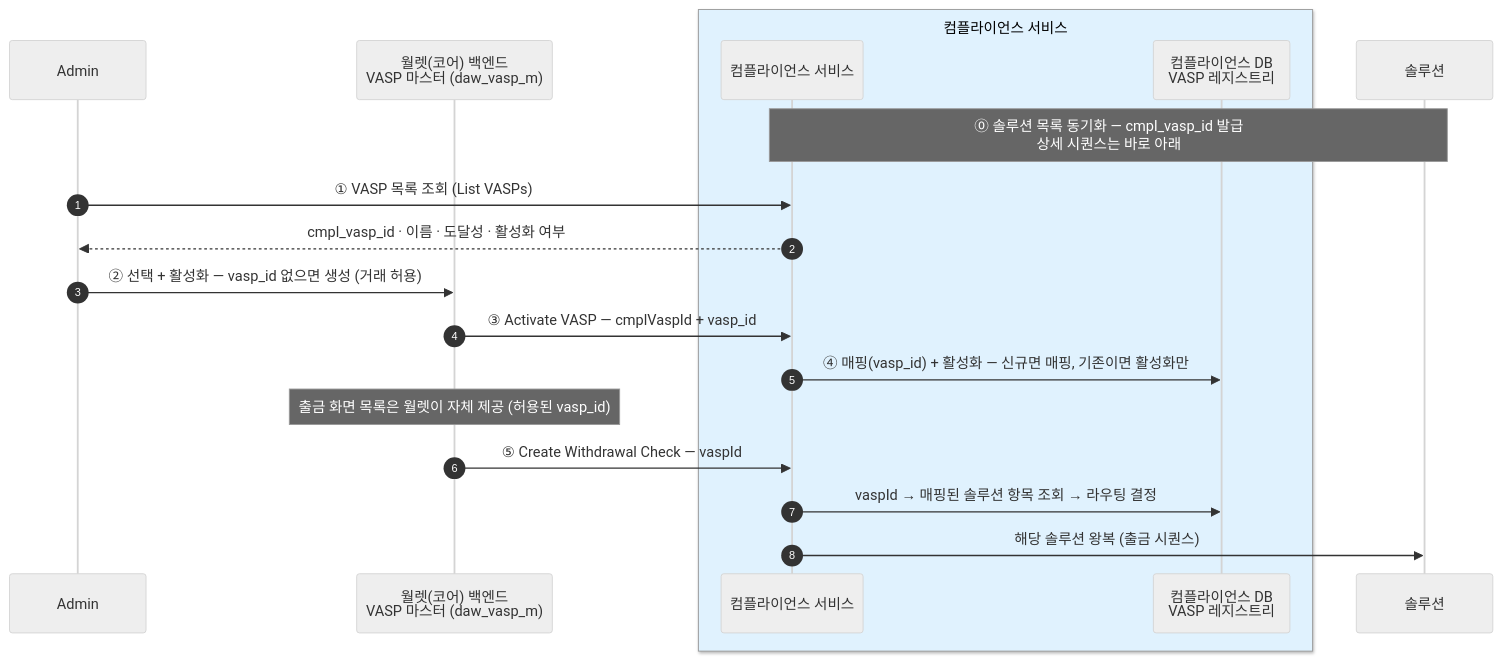
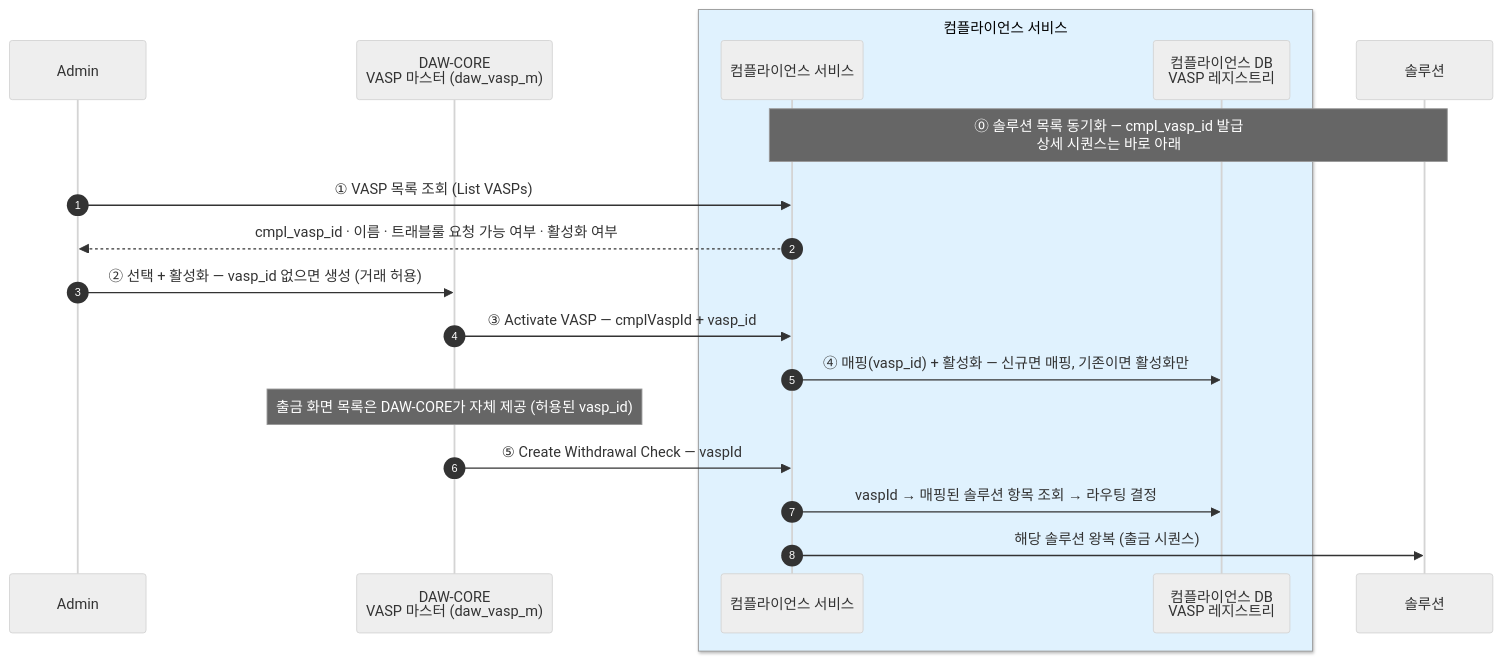
The first of 5 diagrams in blockchain-manager/docs/컴플라이언스/설계/01-interface.md (eunsujeo/eunpus), drawn with Mermaid (neutral theme) before and after one commit. The commit also changed other lines of this file and 25 other files, not shown here.

First line of the commit message:
컴플라이언스·온보딩 정리 — 코어 명칭 DAW-CORE 통일 + 출금 확인 비동기 통일 + 다이어그램 보강

````diff
--- a/blockchain-manager/docs/컴플라이언스/설계/01-interface.md
+++ b/blockchain-manager/docs/컴플라이언스/설계/01-interface.md
@@ -48,22 +48,22 @@
 ```mermaid
 sequenceDiagram
     autonumber
     participant ADM as Admin
-    participant WB as 월렛(코어) 백엔드<br/>VASP 마스터 (daw_vasp_m)
+    participant WB as DAW-CORE<br/>VASP 마스터 (daw_vasp_m)
     box rgb(224,242,254) 컴플라이언스 서비스
     participant CP as 컴플라이언스 서비스
     participant CDB as 컴플라이언스 DB<br/>VASP 레지스트리
     end
     participant SOL as 솔루션
 
     Note over CP,SOL: ⓪ 솔루션 목록 동기화 — cmpl_vasp_id 발급<br/>상세 시퀀스는 바로 아래
     ADM->>CP: ① VASP 목록 조회 (List VASPs)
-    CP-->>ADM: cmpl_vasp_id · 이름 · 도달성 · 활성화 여부
+    CP-->>ADM: cmpl_vasp_id · 이름 · 트래블룰 요청 가능 여부 · 활성화 여부
     ADM->>WB: ② 선택 + 활성화 — vasp_id 없으면 생성 (거래 허용)
     WB->>CP: ③ Activate VASP — cmplVaspId + vasp_id
     CP->>CDB: ④ 매핑(vasp_id) + 활성화 — 신규면 매핑, 기존이면 활성화만
-    Note over WB: 출금 화면 목록은 월렛이 자체 제공 (허용된 vasp_id)
+    Note over WB: 출금 화면 목록은 DAW-CORE가 자체 제공 (허용된 vasp_id)
     WB->>CP: ⑤ Create Withdrawal Check — vaspId
     CP->>CDB: vaspId → 매핑된 솔루션 항목 조회 → 라우팅 결정
     CP->>SOL: 해당 솔루션 왕복 (출금 시퀀스)
 ```
````
